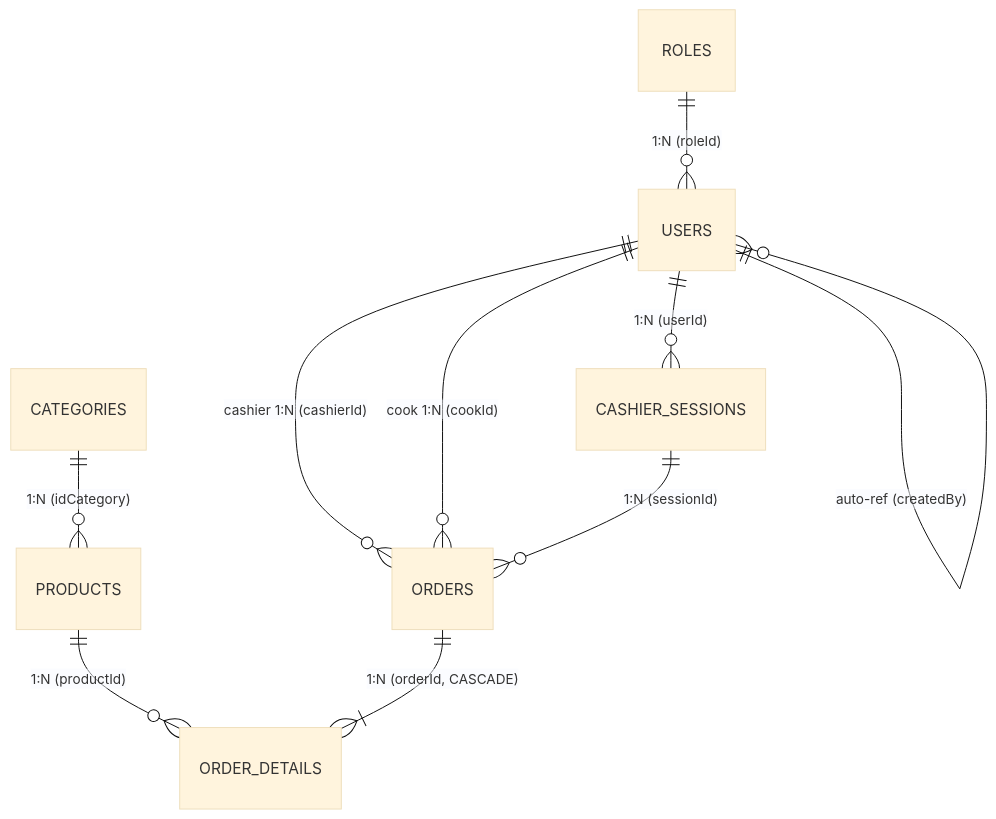
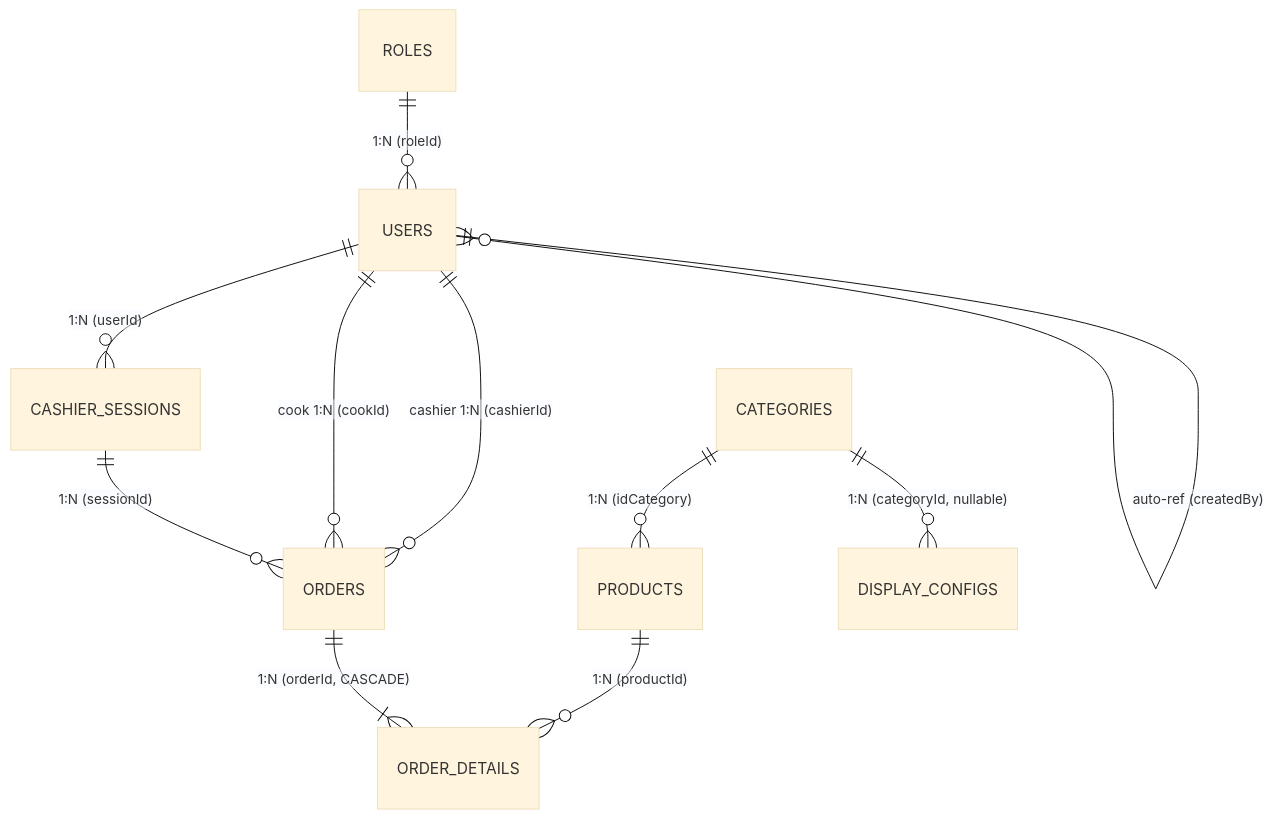
Before and after one commit to marquezQ/FastCashierBE: the diagram in .agent/database.md, drawn with Mermaid (base theme). The commit also changed other lines of this file and 12 other files, not shown here.

````diff
--- a/.agent/database.md
+++ b/.agent/database.md
@@ -9,12 +9,13 @@
 ```mermaid
 erDiagram
     ROLES ||--o{ USERS : "1:N (roleId)"
     USERS ||--o{ CASHIER_SESSIONS : "1:N (userId)"
     USERS ||--o{ ORDERS : "cashier 1:N (cashierId)"
     USERS ||--o{ ORDERS : "cook 1:N (cookId)"
     USERS ||--o{ USERS : "auto-ref (createdBy)"
     CATEGORIES ||--o{ PRODUCTS : "1:N (idCategory)"
+    CATEGORIES ||--o{ DISPLAY_CONFIGS : "1:N (categoryId, nullable)"
     PRODUCTS ||--o{ ORDER_DETAILS : "1:N (productId)"
     CASHIER_SESSIONS ||--o{ ORDERS : "1:N (sessionId)"
     ORDERS ||--|{ ORDER_DETAILS : "1:N (orderId, CASCADE)"
 ```
````
